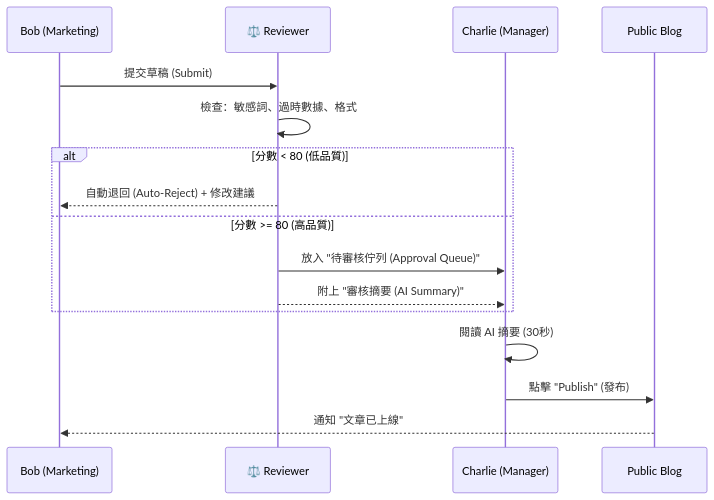
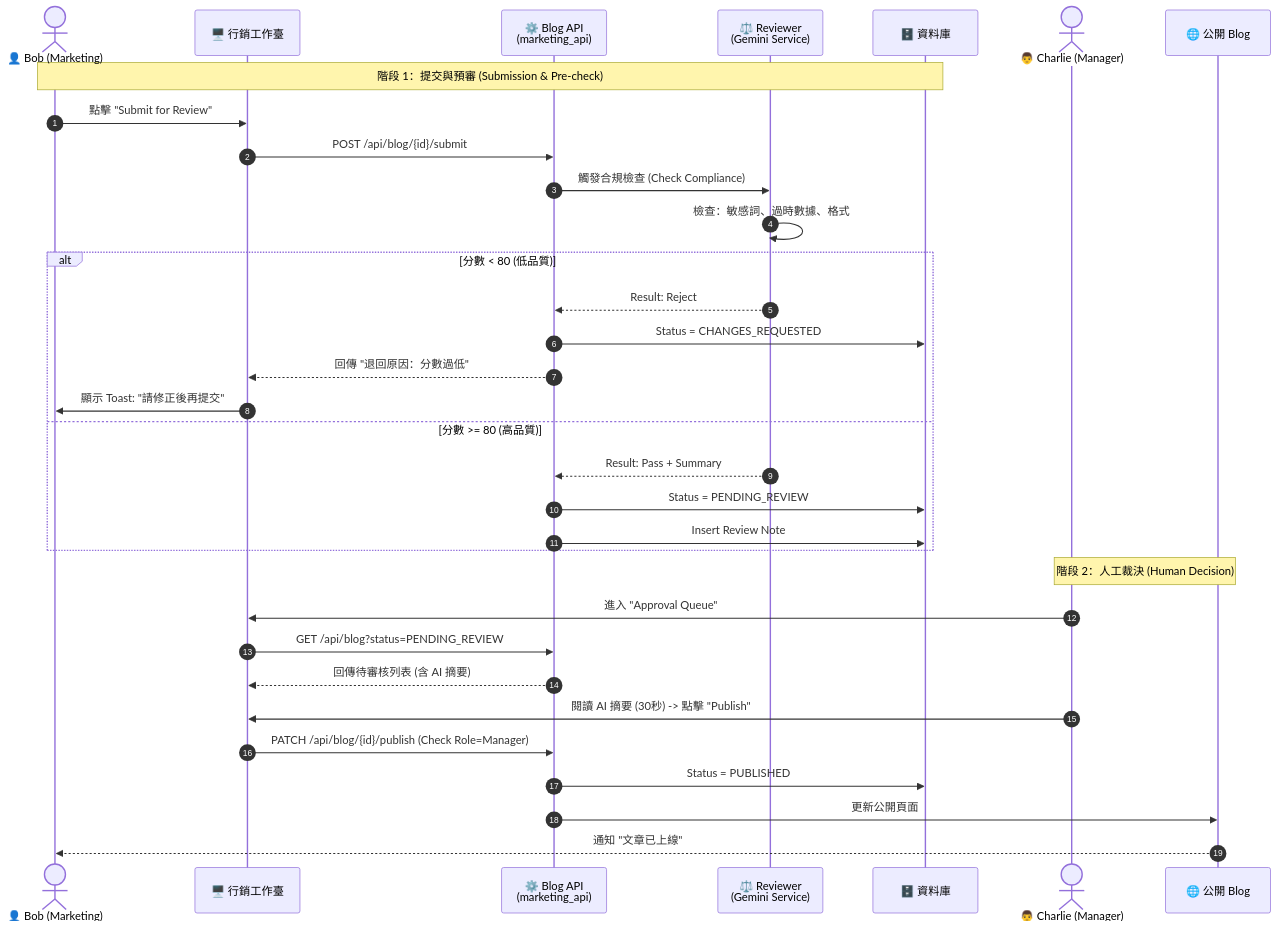
Before and after one commit to info-vin/Archon: the second of 2 diagrams in PRPs/Phase_4.6.3_Charlie_Persona_Workflows.md, drawn with Mermaid. The commit also changed other lines of this file, not shown here.

Commit message:
docs(phase4.6.3): refine Charlie workflows with detailed UML and agent mapping

````diff
--- a/PRPs/Phase_4.6.3_Charlie_Persona_Workflows.md
+++ b/PRPs/Phase_4.6.3_Charlie_Persona_Workflows.md
@@ -70,23 +85,41 @@
 ```mermaid
 sequenceDiagram
-    participant Bob as Bob (Marketing)
-    participant Reviewer as ⚖️ Reviewer
-    participant Charlie as Charlie (Manager)
-    participant Blog as Public Blog
+    autonumber
+    actor Bob as 👤 Bob (Marketing)
+    participant UI as 🖥️ 行銷工作臺
+    participant API as ⚙️ Blog API<br>(marketing_api)
+    participant Reviewer as ⚖️ Reviewer<br>(Gemini Service)
+    participant DB as 🗄️ 資料庫
+    actor Charlie as 👨 Charlie (Manager)
+    participant Pub as 🌐 公開 Blog
 
-    %% 1. 提交與預審
-    Bob->>Reviewer: 提交草稿 (Submit)
+    %% 1. 提交與預審 (機器把關)
+    Note over Bob, DB: 階段 1：提交與預審 (Submission & Pre-check)
+    Bob->>UI: 點擊 "Submit for Review"
+    UI->>API: POST /api/blog/{id}/submit
+    API->>Reviewer: 觸發合規檢查 (Check Compliance)
     Reviewer->>Reviewer: 檢查：敏感詞、過時數據、格式
     
     alt 分數 < 80 (低品質)
-        Reviewer-->>Bob: 自動退回 (Auto-Reject) + 修改建議
+        Reviewer-->>API: Result: Reject
+        API->>DB: Status = CHANGES_REQUESTED
+        API-->>UI: 回傳 "退回原因：分數過低"
+        UI->>Bob: 顯示 Toast: "請修正後再提交"
     else 分數 >= 80 (高品質)
-        Reviewer->>Charlie: 放入 "待審核佇列 (Approval Queue)"
-        Reviewer-->>Charlie: 附上 "審核摘要 (AI Summary)"
+        Reviewer-->>API: Result: Pass + Summary
+        API->>DB: Status = PENDING_REVIEW
+        API->>DB: Insert Review Note
     end
 
-    %% 2. 快速決策
-    Charlie->>Charlie: 閱讀 AI 摘要 (30秒)
-    Charlie->>Blog: 點擊 "Publish" (發布)
-    Blog-->>Bob: 通知 "文章已上線"
+    %% 2. 快速決策 (人工裁決)
+    Note over Charlie, Pub: 階段 2：人工裁決 (Human Decision)
+    Charlie->>UI: 進入 "Approval Queue"
+    UI->>API: GET /api/blog?status=PENDING_REVIEW
+    API-->>UI: 回傳待審核列表 (含 AI 摘要)
+    
+    Charlie->>UI: 閱讀 AI 摘要 (30秒) -> 點擊 "Publish"
+    UI->>API: PATCH /api/blog/{id}/publish (Check Role=Manager)
+    API->>DB: Status = PUBLISHED
+    API->>Pub: 更新公開頁面
+    Pub-->>Bob: 通知 "文章已上線"
 ```
````
